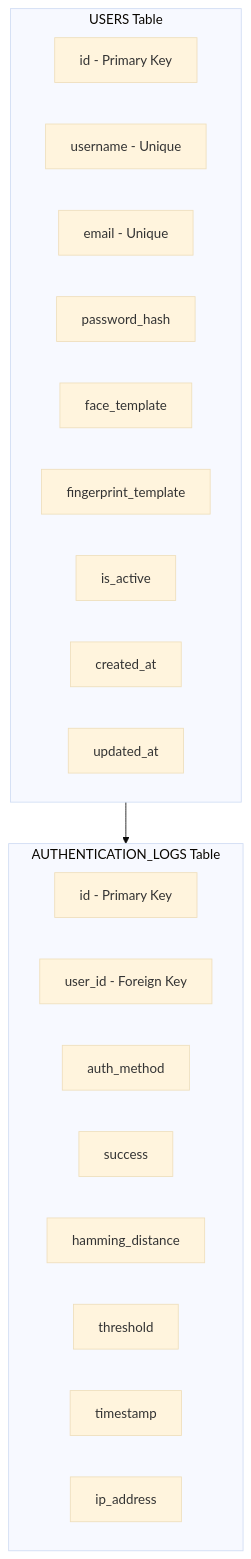
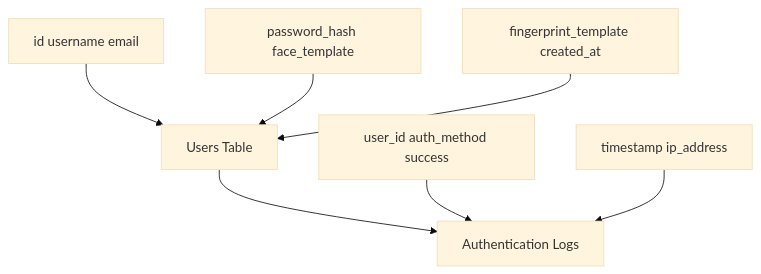
The fourth of 14 diagrams in ARCHITECTURE.md (BTech20/biometric-auth-system), drawn with Mermaid (base theme) before and after one commit. The commit also changed other lines of this file, not shown here.

First line of the commit message:
Simplify all Mermaid diagrams to basic GitHub-compatible syntax

````diff
--- a/ARCHITECTURE.md
+++ b/ARCHITECTURE.md
@@ -151,27 +108,9 @@
 ```mermaid
-graph TB
-    subgraph USERS["USERS Table"]
-        U1[id - Primary Key]
-        U2[username - Unique]
-        U3[email - Unique]
-        U4[password_hash]
-        U5[face_template]
-        U6[fingerprint_template]
-        U7[is_active]
-        U8[created_at]
-        U9[updated_at]
-    end
-    
-    subgraph AUTH_LOGS["AUTHENTICATION_LOGS Table"]
-        A1[id - Primary Key]
-        A2[user_id - Foreign Key]
-        A3[auth_method]
-        A4[success]
-        A5[hamming_distance]
-        A6[threshold]
-        A7[timestamp]
-        A8[ip_address]
-    end
-    
-    USERS --> AUTH_LOGS
+flowchart TB
+    A[Users Table] --> B[Authentication Logs]
+    C[id username email] --> A
+    D[password_hash face_template] --> A
+    E[fingerprint_template created_at] --> A
+    F[user_id auth_method success] --> B
+    G[timestamp ip_address] --> B
 ```
````
